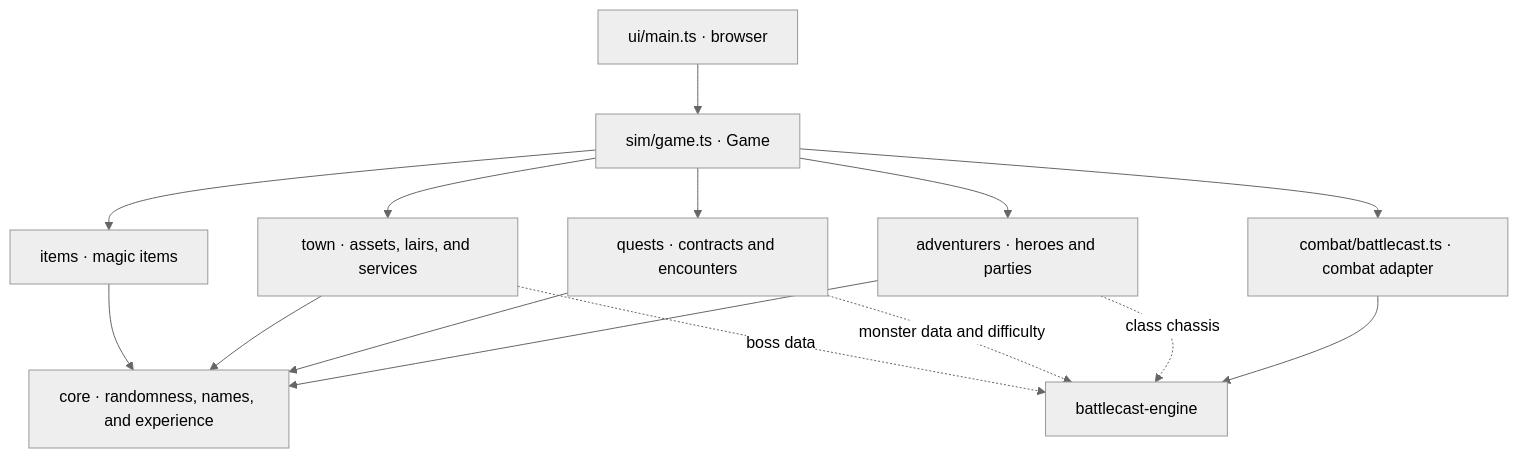
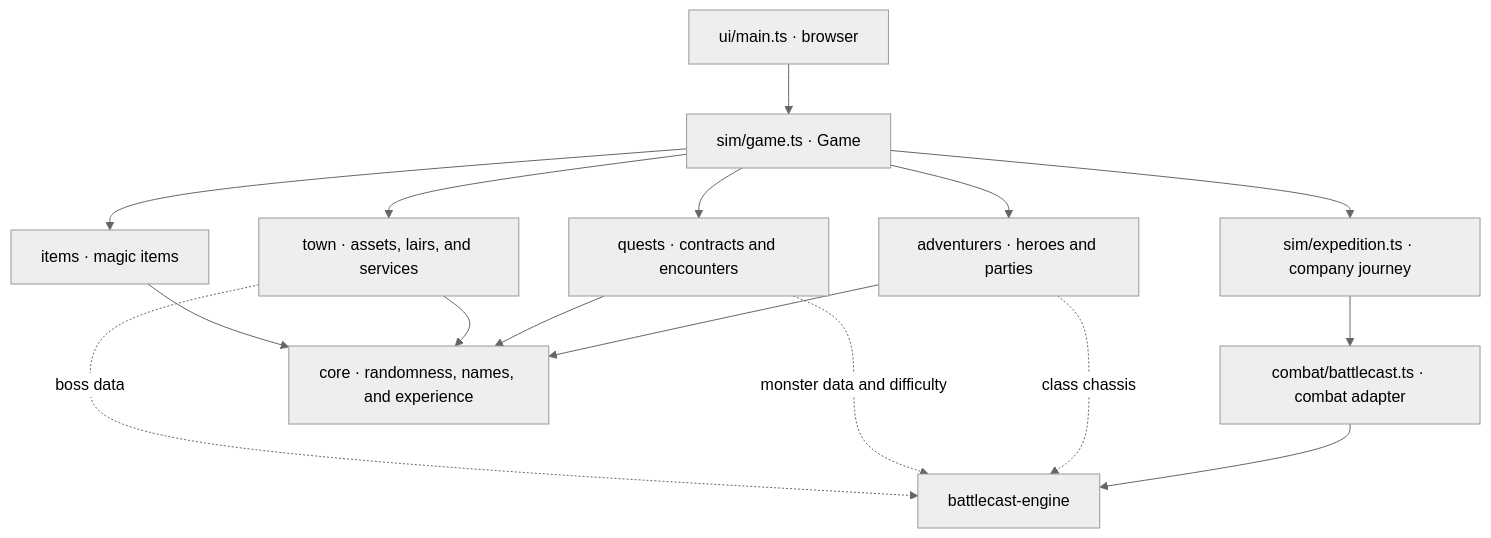
Before and after one commit to carloscasalar/d20-idle-town: the diagram in docs/ARCHITECTURE-INTERFACES.md, drawn with Mermaid (neutral theme). The commit also changed other lines of this file and 8 other files, not shown here.

Commit message:
Extract expedition lifecycle with scripted combat coverage

````diff
--- a/docs/ARCHITECTURE-INTERFACES.md
+++ b/docs/ARCHITECTURE-INTERFACES.md
@@ -7,17 +7,18 @@
 ```mermaid
 flowchart TD
   UI["ui/main.ts · browser"] --> GAME["sim/game.ts · Game"]
   GAME --> PEOPLE["adventurers · heroes and parties"]
   GAME --> QUESTS["quests · contracts and encounters"]
   GAME --> TOWN["town · assets, lairs, and services"]
   GAME --> ITEMS["items · magic items"]
-  GAME --> COMBAT["combat/battlecast.ts · combat adapter"]
+  GAME --> EXPEDITION["sim/expedition.ts · company journey"]
+  EXPEDITION --> COMBAT["combat/battlecast.ts · combat adapter"]
   PEOPLE --> CORE["core · randomness, names, and experience"]
   QUESTS --> CORE
   TOWN --> CORE
   ITEMS --> CORE
   COMBAT --> ENGINE["battlecast-engine"]
   PEOPLE -. "class chassis" .-> ENGINE
   QUESTS -. "monster data and difficulty" .-> ENGINE
   TOWN -. "boss data" .-> ENGINE
 ```
````
